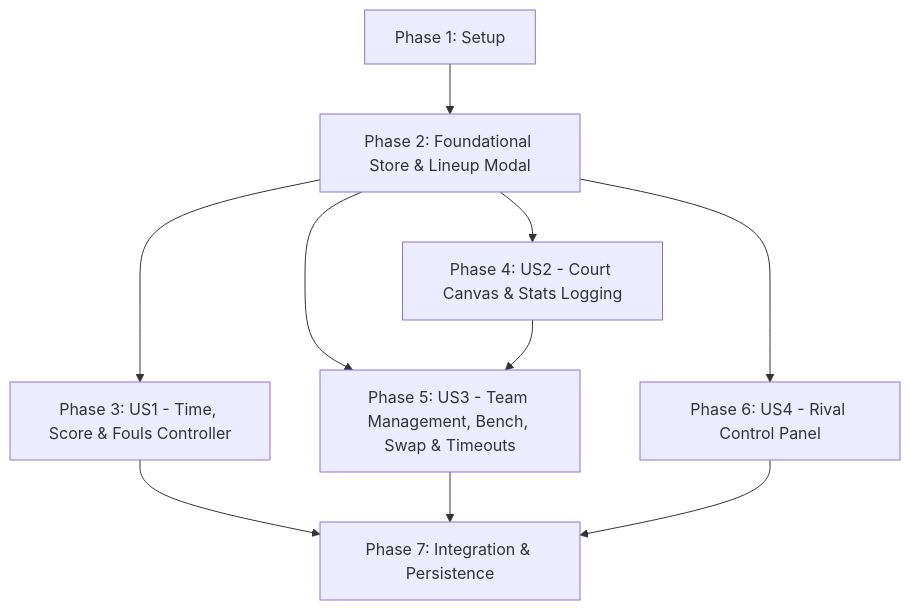
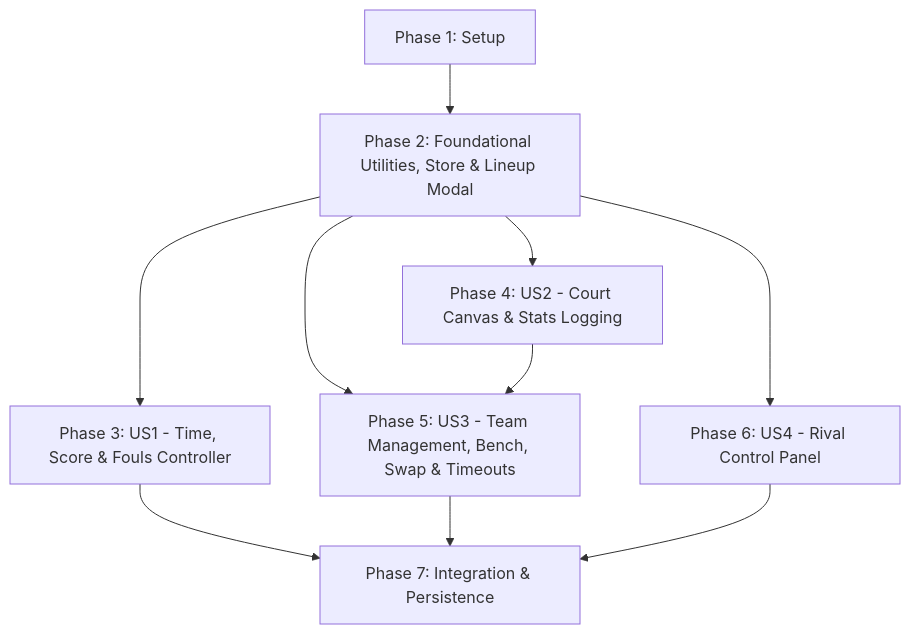
Before and after one commit to MrStegmann/bcmApp: the diagram in specs/007-play-match-view/tasks.md, drawn with Mermaid. The commit also changed other lines of this file and 146 other files, not shown here.

````diff
--- a/specs/007-play-match-view/tasks.md
+++ b/specs/007-play-match-view/tasks.md
@@ -149,12 +156,12 @@
 ```mermaid
 graph TD
-    P1[Phase 1: Setup] --> P2[Phase 2: Foundational Store & Lineup Modal]
+    P1[Phase 1: Setup] --> P2[Phase 2: Foundational Utilities, Store & Lineup Modal]
     P2 --> US1[Phase 3: US1 - Time, Score & Fouls Controller]
     P2 --> US2[Phase 4: US2 - Court Canvas & Stats Logging]
     P2 --> US3[Phase 5: US3 - Team Management, Bench, Swap & Timeouts]
     P2 --> US4[Phase 6: US4 - Rival Control Panel]
     US2 --> US3
     US1 --> P7[Phase 7: Integration & Persistence]
     US3 --> P7
     US4 --> P7
 ```
````
